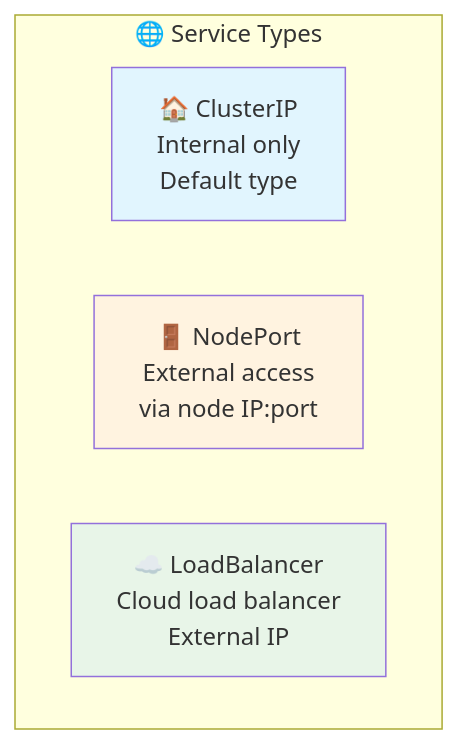
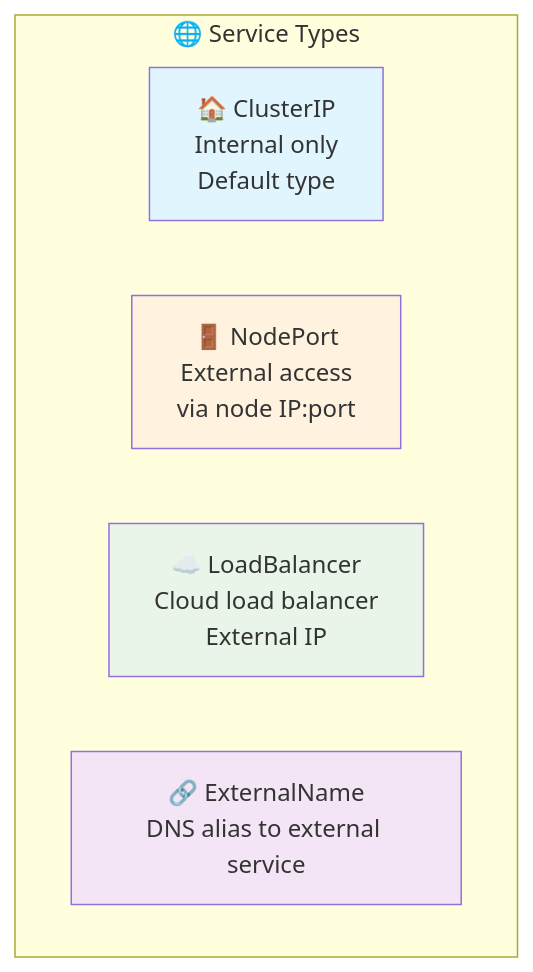
The fifth of 7 diagrams in Section-2-DevOps/Session-7_Kubernetes/04-services-networking/README.md (manikcloud/cloud-devops-learning-path), drawn with Mermaid before and after one commit. The commit also changed other lines of this file and 1 other file, not shown here.

````diff
--- a/Section-2-DevOps/Session-7_Kubernetes/04-services-networking/README.md
+++ b/Section-2-DevOps/Session-7_Kubernetes/04-services-networking/README.md
@@ -158,12 +234,14 @@
 ```mermaid
 graph TB
     subgraph "🌐 Service Types"
         A[🏠 ClusterIP<br/>Internal only<br/>Default type]
         B[🚪 NodePort<br/>External access<br/>via node IP:port]
         C[☁️ LoadBalancer<br/>Cloud load balancer<br/>External IP]
+        D[🔗 ExternalName<br/>DNS alias to external service]
     end
     
     style A fill:#e1f5fe
     style B fill:#fff3e0
     style C fill:#e8f5e8
+    style D fill:#f3e5f5
 ```
````
